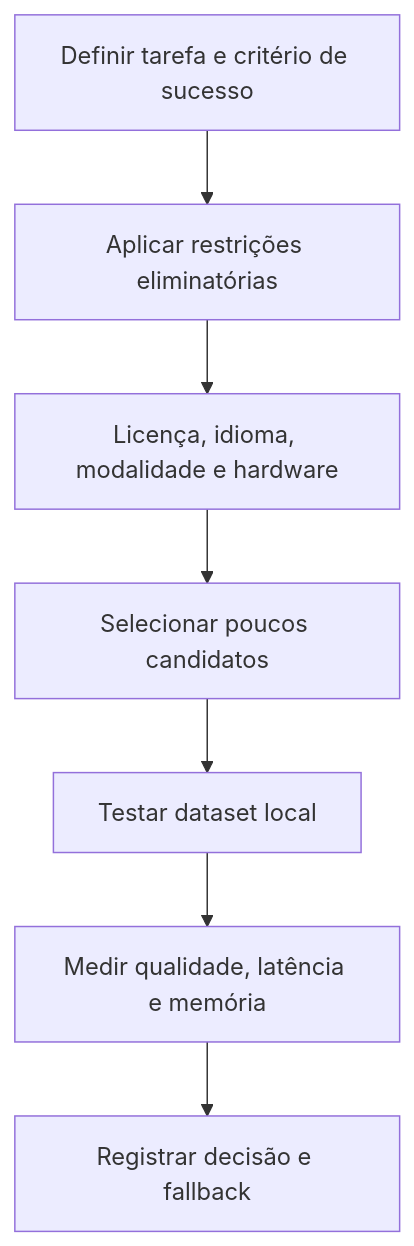
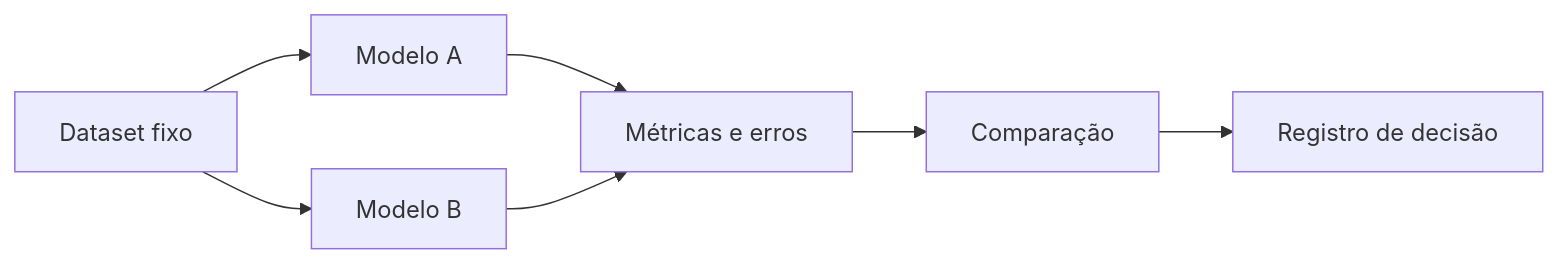
One commit to luciano-alexandre/topicos-avancados changed the second of 2 diagrams in docs/encontros/encontro-05.md. Above: the diagram before and after it, drawn with Mermaid. The commit also changed other lines of this file and 43 other files, not shown here.

````diff
--- a/docs/encontros/encontro-05.md
+++ b/docs/encontros/encontro-05.md
@@ -201,9 +240,9 @@
 ```mermaid
-flowchart TD
-    A[Definir tarefa e critério de sucesso] --> B[Aplicar restrições eliminatórias]
-    B --> C[Licença, idioma, modalidade e hardware]
-    C --> D[Selecionar poucos candidatos]
-    D --> E[Testar dataset local]
-    E --> F[Medir qualidade, latência e memória]
-    F --> G[Registrar decisão e fallback]
+flowchart LR
+    D[Dataset fixo] --> A[Modelo A]
+    D --> B[Modelo B]
+    A --> M[Métricas e erros]
+    B --> M
+    M --> C[Comparação]
+    C --> R[Registro de decisão]
 ```
````
